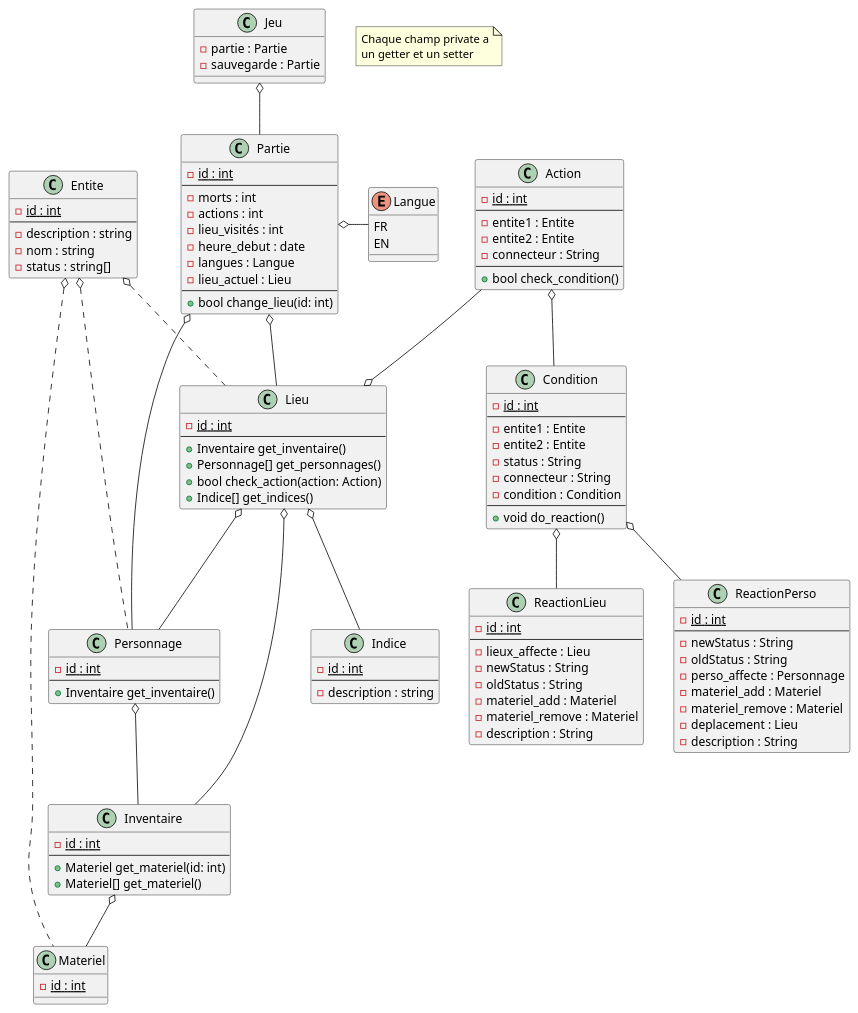
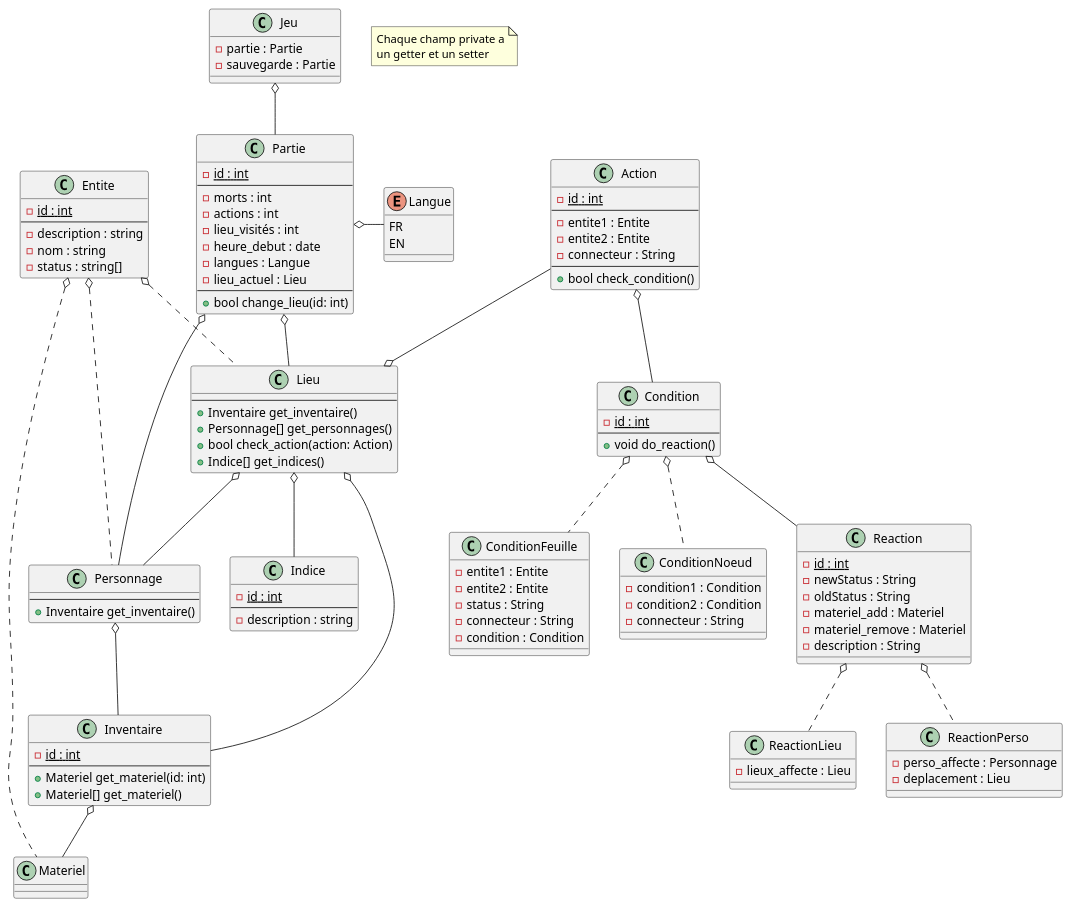
Before and after one commit to Serious-game-textuel/doc: the third of 3 diagrams in diagrammes.md, drawn with PlantUML.

Commit message:
Enhanched condtions

````diff
--- a/diagrammes.md
+++ b/diagrammes.md
@@ -85,17 +85,15 @@
 
 
 Class Materiel{
-    -{static} id : int
+    
 }
 
 Class Personnage{
-    -{static} id : int
   --
     +Inventaire get_inventaire()
 }
 
 Class Lieu{
-    -{static} id : int
   --
     +Inventaire get_inventaire()
     +Personnage[] get_personnages()
@@ -113,22 +111,28 @@
     +bool check_condition()
 }
 
-class Condition{
+Class Condition{
     -{static} id : int
   --
+    +void do_reaction()
+}
+
+Class ConditionFeuille {
     -entite1 : Entite
     -entite2 : Entite
     -status : String
     -connecteur : String
     -condition : Condition
-  --
-    +void do_reaction()
 }
 
-Class ReactionLieu{
+Class ConditionNoeud {
+    -condition1 : Condition
+    -condition2 : Condition
+    -connecteur : String
+}
+
+Class Reaction {
     -{static} id : int
-  --
-    -lieux_affecte : Lieu
     -newStatus : String
     -oldStatus : String
     -materiel_add : Materiel
@@ -136,16 +140,13 @@
     -description : String
 }
 
+Class ReactionLieu{
+    -lieux_affecte : Lieu
+}
+
 Class ReactionPerso{
-    -{static} id : int
-  --
-    -newStatus : String
-    -oldStatus : String
     -perso_affecte : Personnage
-    -materiel_add : Materiel
-    -materiel_remove : Materiel
     -deplacement : Lieu
-    -description : String
 }
 
 
@@ -164,8 +165,7 @@
 Lieu o-- Inventaire
 Lieu o-- Indice
 Action o-- Condition
-Condition o-- ReactionPerso
-Condition o-- ReactionLieu
+Condition o-- Reaction
 Action --o Lieu
 Lieu o-- Personnage
 Partie o-- Lieu
@@ -173,6 +173,10 @@
 Entite o.. Personnage
 Entite o.. Lieu
 Entite o.. Materiel
+Reaction o.. ReactionLieu
+Reaction o.. ReactionPerso
+Condition o.. ConditionFeuille
+Condition o.. ConditionNoeud
 
 @enduml
 ```
````
